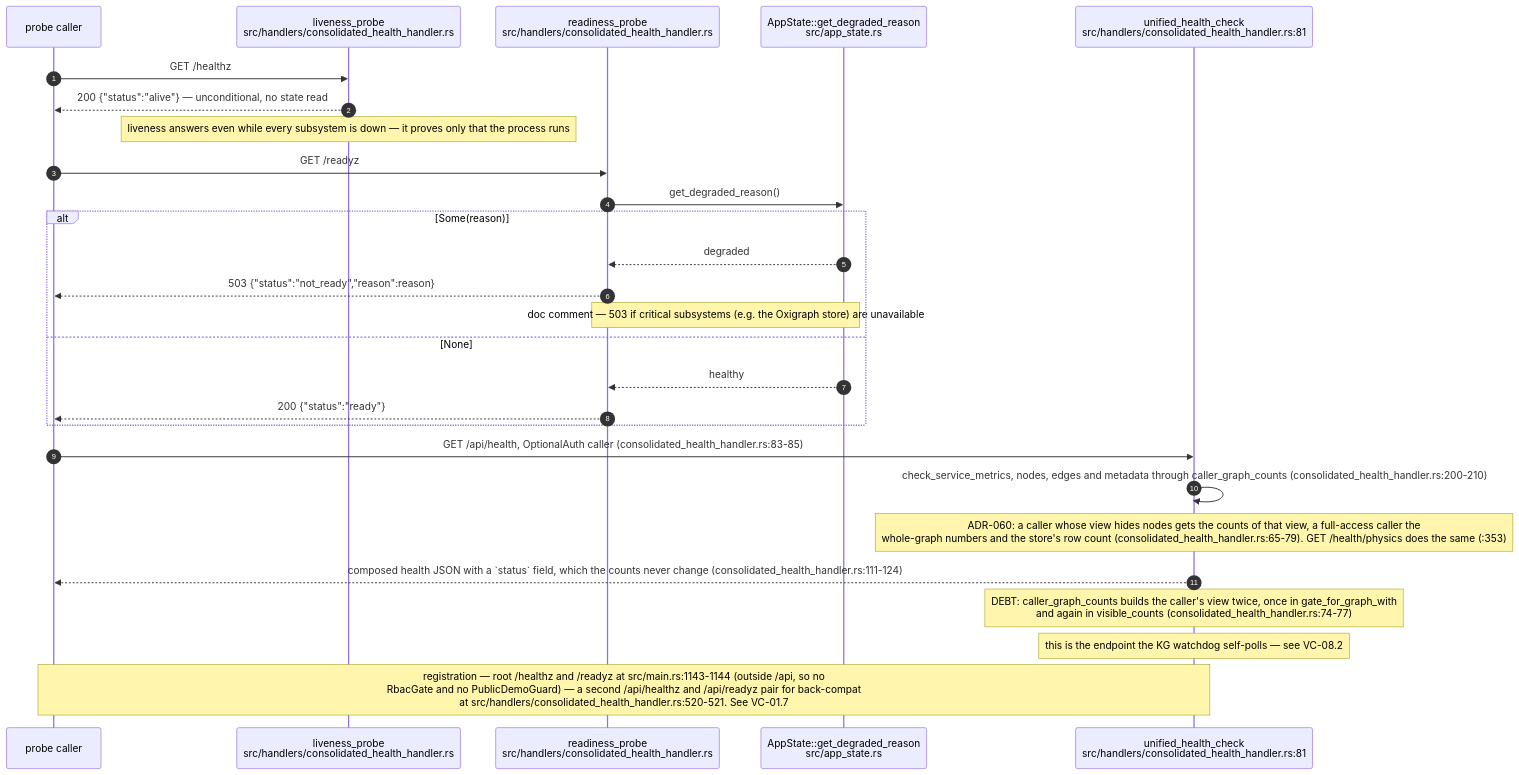
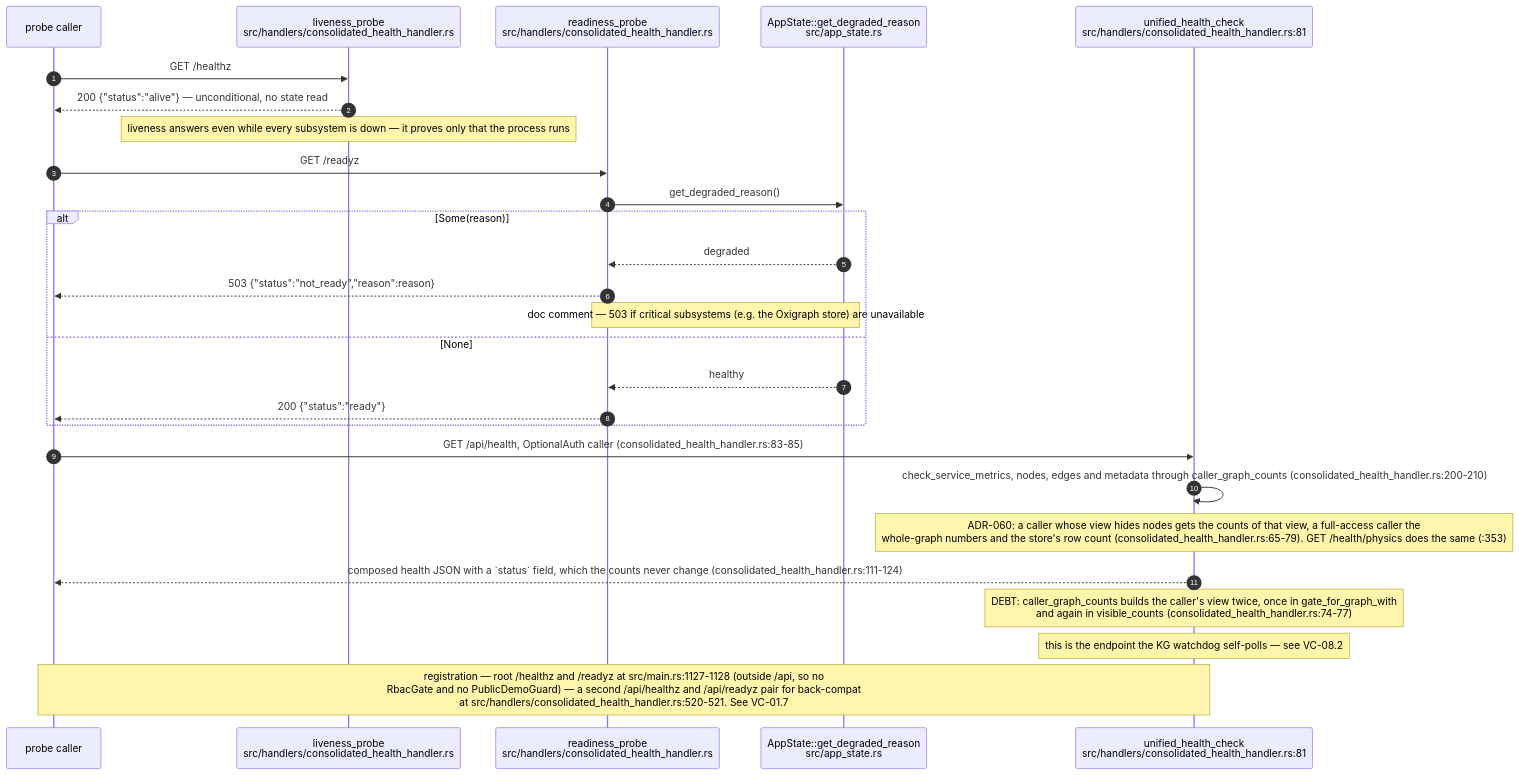
Before and after one commit to DreamLab-AI/VisionFlow: the first of 9 diagrams in docs/diagrams/visionclaw/08-observability-health-and-dev-loop.md, drawn with Mermaid. The commit also changed other lines of this file and 7 other files, not shown here.

````diff
--- a/docs/diagrams/visionclaw/08-observability-health-and-dev-loop.md
+++ b/docs/diagrams/visionclaw/08-observability-health-and-dev-loop.md
@@ -47,30 +47,30 @@
 ```mermaid
 sequenceDiagram
     autonumber
     participant K as probe caller
     participant L as liveness_probe<br/>src/handlers/consolidated_health_handler.rs
     participant R as readiness_probe<br/>src/handlers/consolidated_health_handler.rs
     participant AS as AppState::get_degraded_reason<br/>src/app_state.rs
     participant U as unified_health_check<br/>src/handlers/consolidated_health_handler.rs:81
 
     K->>L: GET /healthz
     L-->>K: 200 {"status":"alive"} — unconditional, no state read
     Note over L: liveness answers even while every subsystem is down — it proves only that the process runs
     K->>R: GET /readyz
     R->>AS: get_degraded_reason()
     alt Some(reason)
         AS-->>R: degraded
         R-->>K: 503 {"status":"not_ready","reason":reason}
         Note over R,AS: doc comment — 503 if critical subsystems (e.g. the Oxigraph store) are unavailable
     else None
         AS-->>R: healthy
         R-->>K: 200 {"status":"ready"}
     end
     K->>U: GET /api/health, OptionalAuth caller (consolidated_health_handler.rs:83-85)
     U->>U: check_service_metrics, nodes, edges and metadata through caller_graph_counts (consolidated_health_handler.rs:200-210)
     Note over U: ADR-060: a caller whose view hides nodes gets the counts of that view, a full-access caller the<br/>whole-graph numbers and the store's row count (consolidated_health_handler.rs:65-79). GET /health/physics does the same (:353)
     U-->>K: composed health JSON with a `status` field, which the counts never change (consolidated_health_handler.rs:111-124)
     Note over U: DEBT: caller_graph_counts builds the caller's view twice, once in gate_for_graph_with<br/>and again in visible_counts (consolidated_health_handler.rs:74-77)
     Note over U: this is the endpoint the KG watchdog self-polls — see VC-08.2
-    Note over K,U: registration — root /healthz and /readyz at src/main.rs:1143-1144 (outside /api, so no<br/>RbacGate and no PublicDemoGuard) — a second /api/healthz and /api/readyz pair for back-compat<br/>at src/handlers/consolidated_health_handler.rs:520-521. See VC-01.7
+    Note over K,U: registration — root /healthz and /readyz at src/main.rs:1127-1128 (outside /api, so no<br/>RbacGate and no PublicDemoGuard) — a second /api/healthz and /api/readyz pair for back-compat<br/>at src/handlers/consolidated_health_handler.rs:520-521. See VC-01.7
 ```
````
